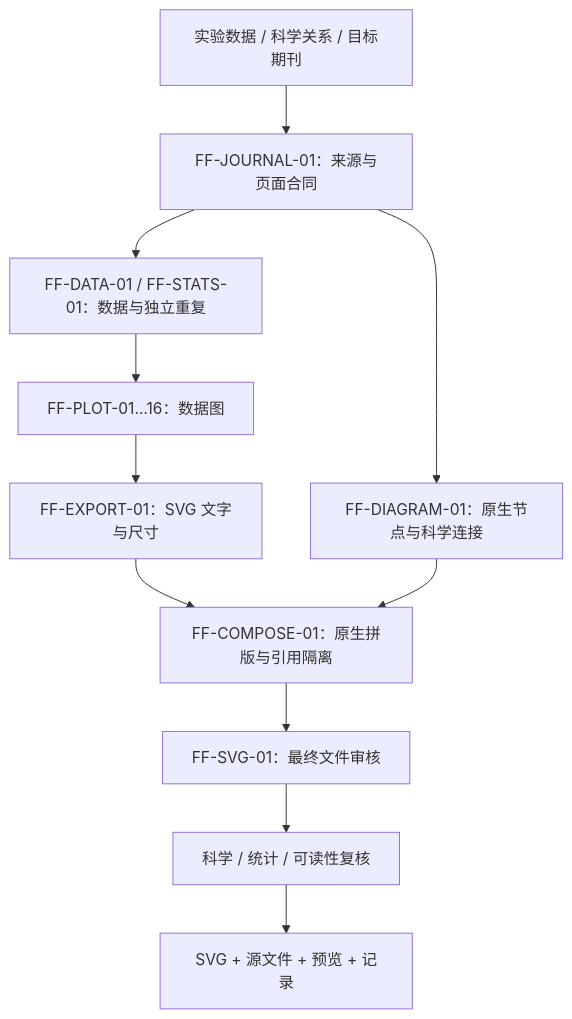
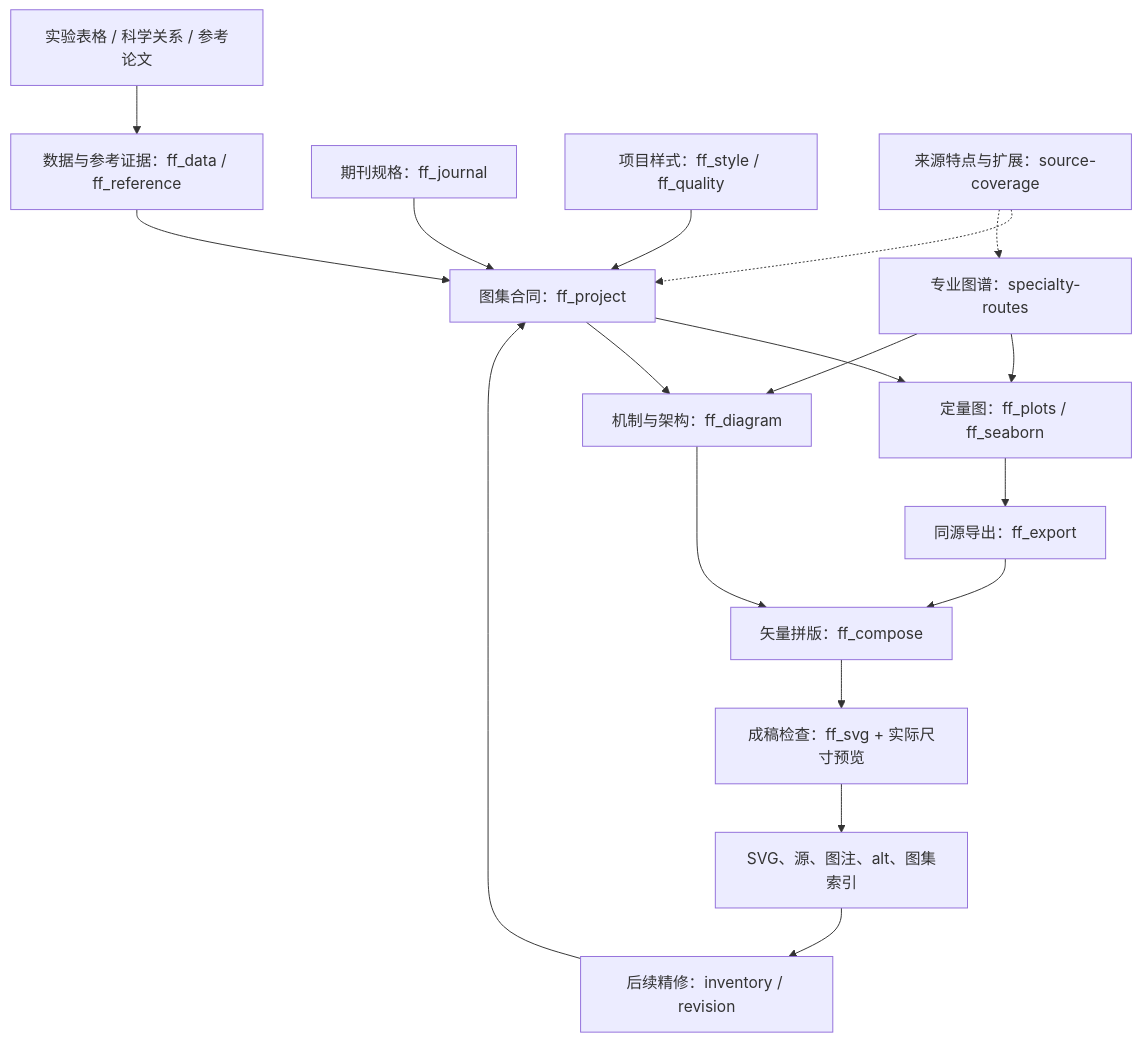
One commit to PresleyRen/figurefoundry-scientific-figures changed the diagram in README.md. Above: the diagram before and after it, drawn with Mermaid. The commit also changed other lines of this file and 236 other files, not shown here.

First line of the commit message:
Release FigureFoundry v1.1.0 with complete feature coverage and tested figure workflows

````diff
--- a/README.md
+++ b/README.md
@@ -194,13 +212,20 @@
 ```mermaid
 flowchart TB
-    I["实验数据 / 科学关系 / 目标期刊"] --> J["FF-JOURNAL-01：来源与页面合同"]
-    J --> D["FF-DATA-01 / FF-STATS-01：数据与独立重复"]
-    J --> N["FF-DIAGRAM-01：原生节点与科学连接"]
-    D --> P["FF-PLOT-01…16：数据图"]
-    P --> E["FF-EXPORT-01：SVG 文字与尺寸"]
-    E --> C["FF-COMPOSE-01：原生拼版与引用隔离"]
+    I["实验表格 / 科学关系 / 参考论文"] --> R["数据与参考证据：ff_data / ff_reference"]
+    R --> P["图集合同：ff_project"]
+    J["期刊规格：ff_journal"] --> P
+    S["项目样式：ff_style / ff_quality"] --> P
+    P --> D["定量图：ff_plots / ff_seaborn"]
+    P --> N["机制与架构：ff_diagram"]
+    A["专业图谱：specialty-routes"] --> D
+    A --> N
+    D --> E["同源导出：ff_export"]
+    E --> C["矢量拼版：ff_compose"]
     N --> C
-    C --> A["FF-SVG-01：最终文件审核"]
-    A --> V["科学 / 统计 / 可读性复核"]
-    V --> O["SVG + 源文件 + 预览 + 记录"]
+    C --> V["成稿检查：ff_svg + 实际尺寸预览"]
+    V --> H["SVG、源、图注、alt、图集索引"]
+    H --> U["后续精修：inventory / revision"]
+    U --> P
+    X["来源特点与扩展：source-coverage"] -.-> P
+    X -.-> A
 ```
````
